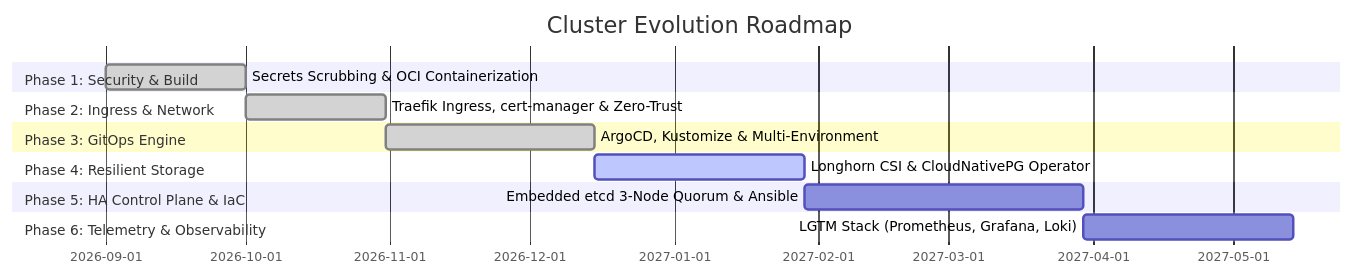
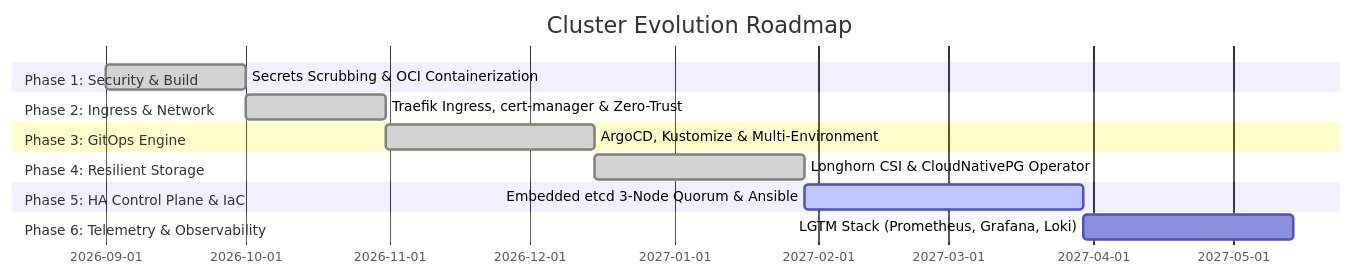
Before and after one commit to Ri4ards2006/full-stack-cluster: the diagram in ROADMAP.md, drawn with Mermaid. The commit also changed other lines of this file and 1 other file, not shown here.

Commit message:
docs(architecture): add distributed storage concepts and mark phase 4 complete

````diff
--- a/ROADMAP.md
+++ b/ROADMAP.md
@@ -7,17 +7,17 @@
 ```mermaid
 gantt
     title Cluster Evolution Roadmap
     dateFormat  YYYY-MM-DD
     section Phase 1: Security & Build
     Secrets Scrubbing & OCI Containerization :done, p1, 2026-09-01, 30d
     section Phase 2: Ingress & Network
     Traefik Ingress, cert-manager & Zero-Trust :done, p2, after p1, 30d
     section Phase 3: GitOps Engine
     ArgoCD, Kustomize & Multi-Environment   :done, p3, after p2, 45d
     section Phase 4: Resilient Storage
-    Longhorn CSI & CloudNativePG Operator    :active, p4, after p3, 45d
+    Longhorn CSI & CloudNativePG Operator    :done, p4, after p3, 45d
     section Phase 5: HA Control Plane & IaC
-    Embedded etcd 3-Node Quorum & Ansible    :p5, after p4, 60d
+    Embedded etcd 3-Node Quorum & Ansible    :active, p5, after p4, 60d
     section Phase 6: Telemetry & Observability
     LGTM Stack (Prometheus, Grafana, Loki)   :p6, after p5, 45d
 ```
````
